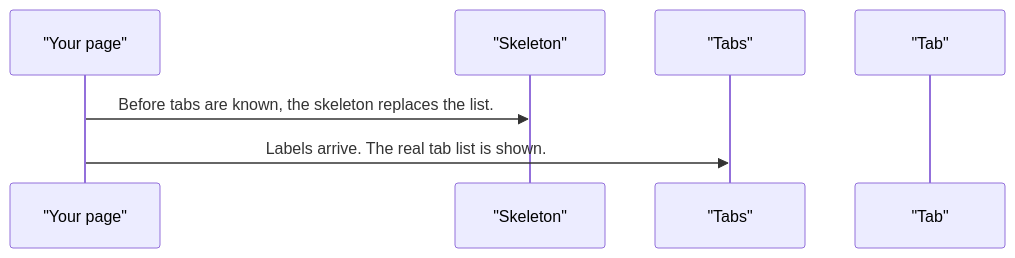
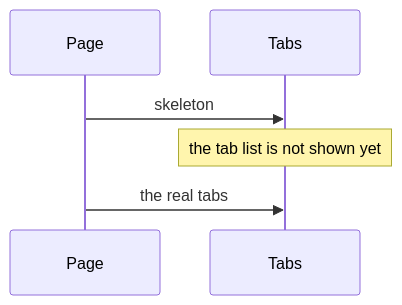
The fifth of 5 diagrams in projects/pixel-ui/src/lib/pixel-tabs/DESIGN.md (RajshekharBorate/pixel-ui), drawn with Mermaid before and after one commit. The commit also changed other lines of this file and 73 other files, not shown here.

Commit message:
Explain who owns each value and what each flow does in every component and service design.

````diff
--- a/projects/pixel-ui/src/lib/pixel-tabs/DESIGN.md
+++ b/projects/pixel-ui/src/lib/pixel-tabs/DESIGN.md
@@ -96,9 +113,8 @@
 ```mermaid
 sequenceDiagram
-  participant page as "Your page"
-  participant skeleton as "Skeleton"
-  participant tabs as "Tabs"
-  participant tab as "Tab"
-  page->>skeleton: Before tabs are known, the skeleton replaces the list.
-  page->>tabs: Labels arrive. The real tab list is shown.
+  participant Page
+  participant Tabs
+  Page->>Tabs: skeleton
+  Note over Tabs: the tab list is not shown yet
+  Page->>Tabs: the real tabs
 ```
````
